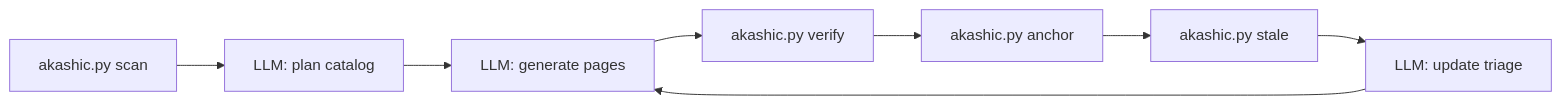
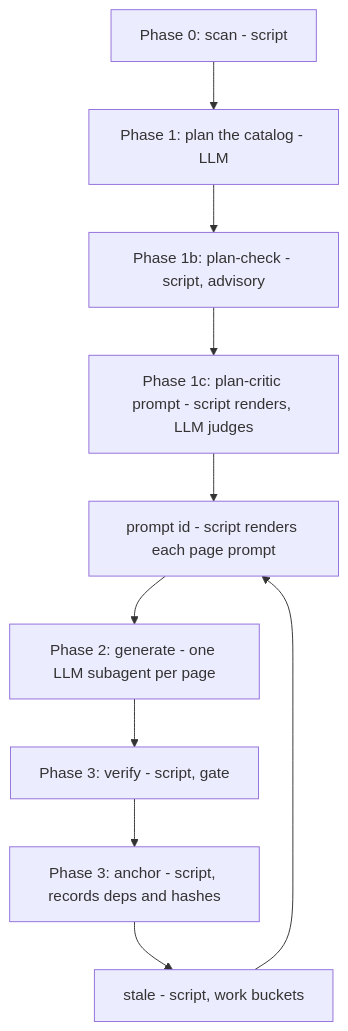
Before and after one commit to ARMeeru/akashic-record: the diagram in .akashic/wiki/index.md, drawn with Mermaid. The commit also changed other lines of this file and 4 other files, not shown here.

````diff
--- a/.akashic/wiki/index.md
+++ b/.akashic/wiki/index.md
@@ -38,10 +38,12 @@
 ```mermaid
-flowchart LR
-  scan["akashic.py scan"] --> plan["LLM: plan catalog"]
-  plan --> gen["LLM: generate pages"]
-  gen --> verify["akashic.py verify"]
-  verify --> anchor["akashic.py anchor"]
-  anchor --> stale["akashic.py stale"]
-  stale --> triage["LLM: update triage"]
-  triage --> gen
+flowchart TD
+  scan["Phase 0: scan - script"] --> plan["Phase 1: plan the catalog - LLM"]
+  plan --> check["Phase 1b: plan-check - script, advisory"]
+  check --> critic["Phase 1c: plan-critic prompt - script renders, LLM judges"]
+  critic --> prompt["prompt id - script renders each page prompt"]
+  prompt --> gen["Phase 2: generate - one LLM subagent per page"]
+  gen --> verify["Phase 3: verify - script, gate"]
+  verify --> anchor["Phase 3: anchor - script, records deps and hashes"]
+  anchor --> stale["stale - script, work buckets"]
+  stale --> prompt
 ```
````
